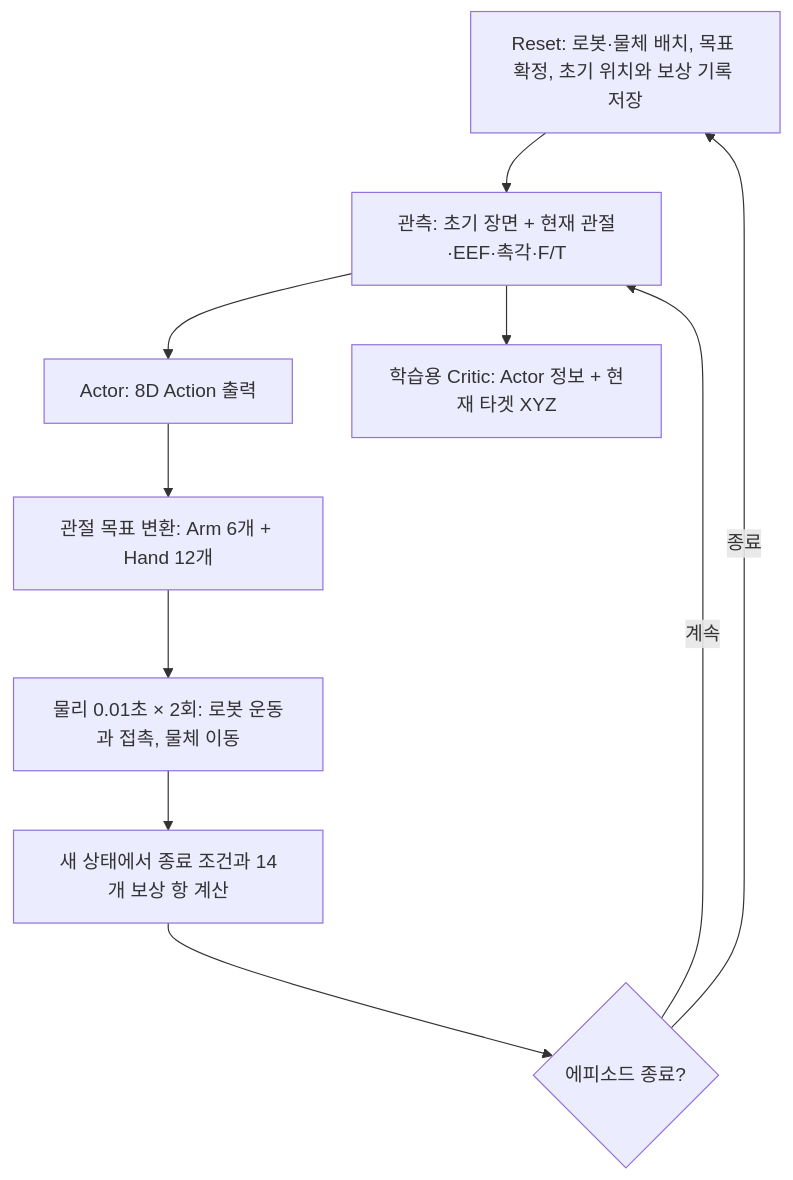
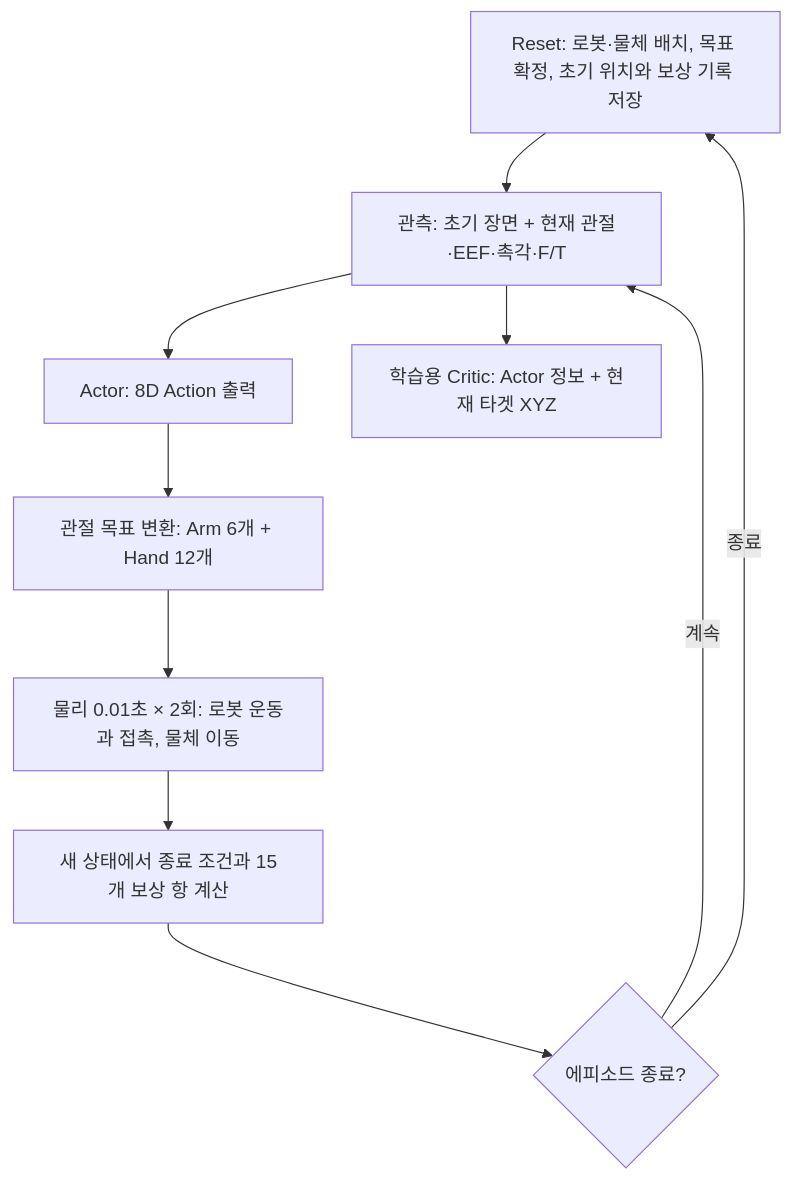
The diagram in 02_implementation/environments/CONTACT_SWEEP_CLUTTER_V1_MDP.md (7cmdehdrb/Contact-Rich-Manipulation-Context), drawn with Mermaid before and after one commit. The commit also changed other lines of this file and 3 other files, not shown here.

````diff
--- a/02_implementation/environments/CONTACT_SWEEP_CLUTTER_V1_MDP.md
+++ b/02_implementation/environments/CONTACT_SWEEP_CLUTTER_V1_MDP.md
@@ -30,15 +30,15 @@
 ```mermaid
 flowchart TD
     Reset["Reset: 로봇·물체 배치, 목표 확정, 초기 위치와 보상 기록 저장"]
     Obs["관측: 초기 장면 + 현재 관절·EEF·촉각·F/T"]
     Actor["Actor: 8D Action 출력"]
     Control["관절 목표 변환: Arm 6개 + Hand 12개"]
     Physics["물리 0.01초 × 2회: 로봇 운동과 접촉, 물체 이동"]
-    Evaluate["새 상태에서 종료 조건과 14개 보상 항 계산"]
+    Evaluate["새 상태에서 종료 조건과 15개 보상 항 계산"]
     Done{"에피소드 종료?"}
     Critic["학습용 Critic: Actor 정보 + 현재 타겟 XYZ"]
     Reset --> Obs --> Actor --> Control --> Physics --> Evaluate --> Done
     Done -->|계속| Obs
     Done -->|종료| Reset
     Obs --> Critic
 ```
````
